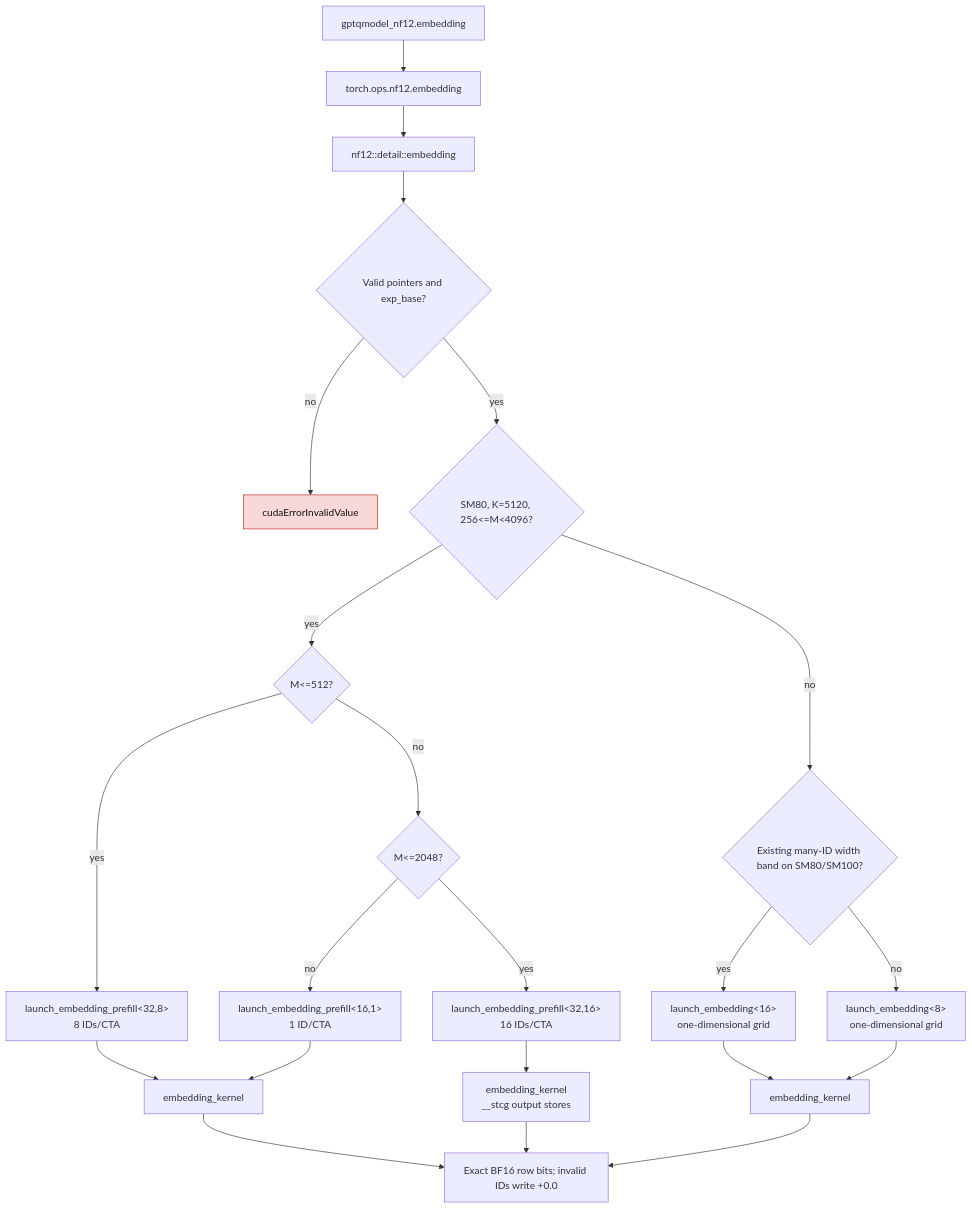
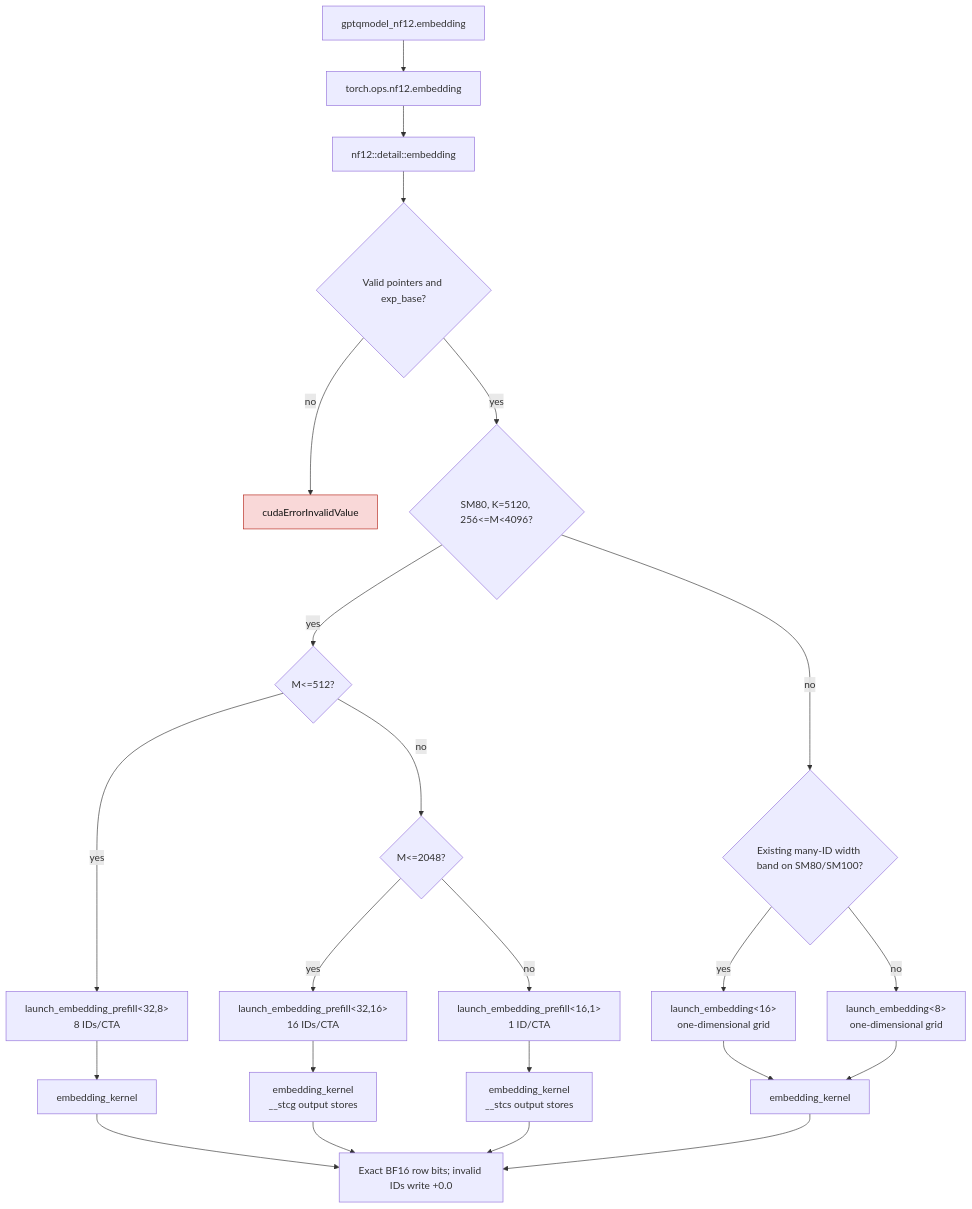
The diagram in docs/nf12-embedding-prefill-dispatch.md (ModelCloud/GPTQModel), drawn with Mermaid before and after one commit. The commit also changed other lines of this file and 5 other files, not shown here.

Commit message:
perf(nf12): use streaming stores for SM80 one-ID embedding prefill

````diff
--- a/docs/nf12-embedding-prefill-dispatch.md
+++ b/docs/nf12-embedding-prefill-dispatch.md
@@ -9,26 +9,27 @@
 ```mermaid
 flowchart TD
     A["gptqmodel_nf12.embedding"] --> B["torch.ops.nf12.embedding"]
     B --> C["nf12::detail::embedding"]
     C --> V{"Valid pointers and exp_base?"}
     V -- no --> X["cudaErrorInvalidValue"]
     V -- yes --> D{"SM80, K=5120, 256<=M<4096?"}
     D -- yes --> E{"M<=512?"}
     E -- yes --> F["launch_embedding_prefill<32,8><br/>8 IDs/CTA"]
     E -- no --> G{"M<=2048?"}
     G -- yes --> P["launch_embedding_prefill<32,16><br/>16 IDs/CTA"]
     G -- no --> Q["launch_embedding_prefill<16,1><br/>1 ID/CTA"]
     D -- no --> H{"Existing many-ID width band on SM80/SM100?"}
     H -- yes --> I["launch_embedding<16><br/>one-dimensional grid"]
     H -- no --> J["launch_embedding<8><br/>one-dimensional grid"]
     F --> K["embedding_kernel<Grid2D=true>"]
     P --> S["embedding_kernel<Grid2D=true, IdsPerCTA=16><br/>__stcg output stores"]
-    Q --> K
+    Q --> T["embedding_kernel<Grid2D=true, IdsPerCTA=1><br/>__stcs output stores"]
     I --> L["embedding_kernel<Grid2D=false>"]
     J --> L
     K --> Z["Exact BF16 row bits; invalid IDs write +0.0"]
     S --> Z
+    T --> Z
     L --> Z
     classDef failure fill:#f9d8d8,stroke:#b42318,color:#111;
     class X failure;
 ```
````
